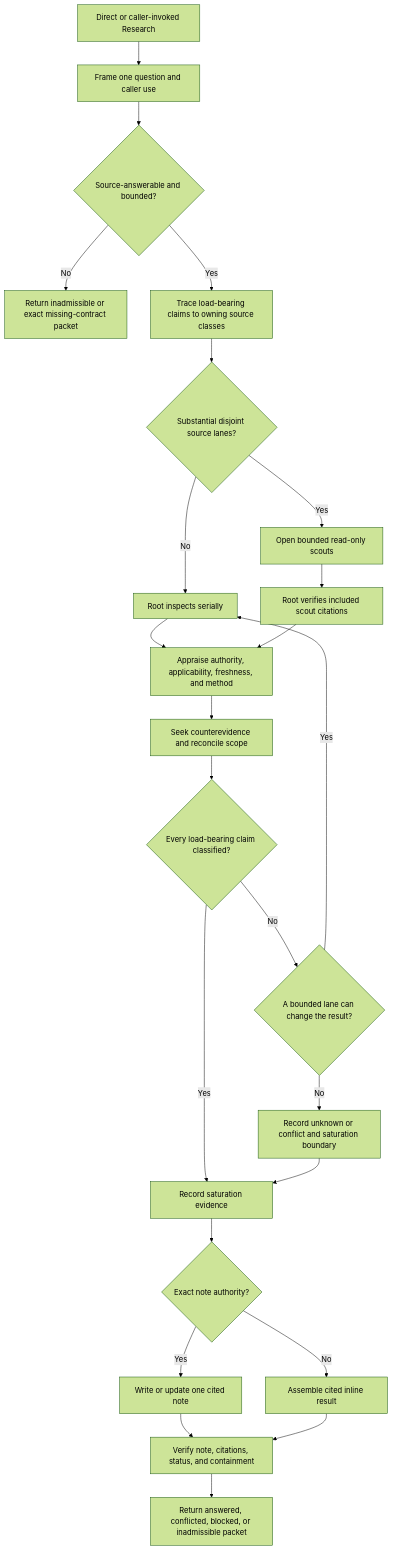
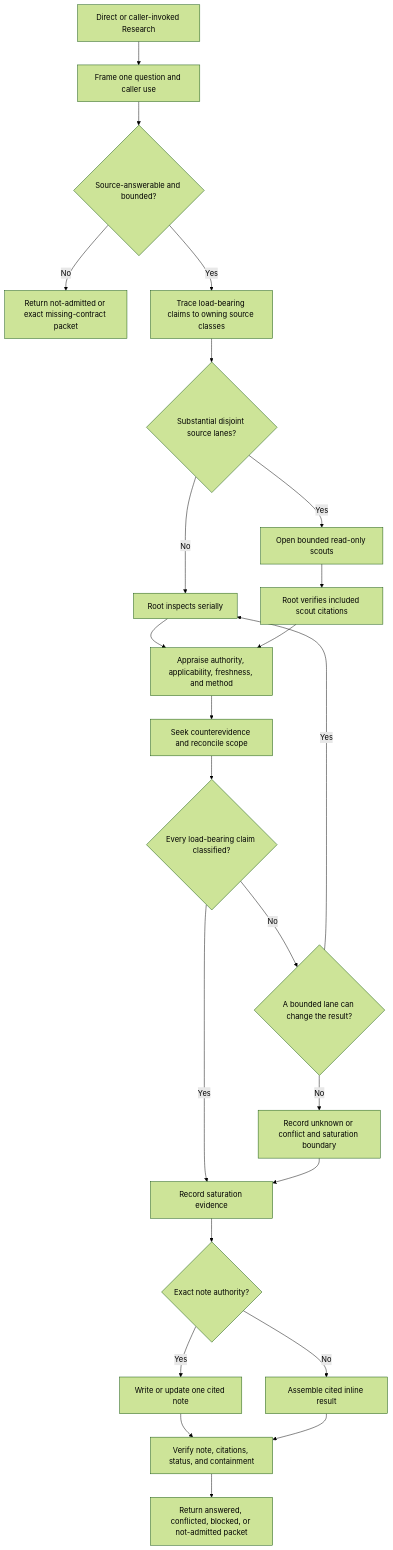
One commit to stevennitesh/programming-agent-skills changed the diagram in docs/synthesis/skills/research.md. Above: the diagram before and after it, drawn with Mermaid (forest theme). The commit also changed other lines of this file and 48 other files, not shown here.

````diff
--- a/docs/synthesis/skills/research.md
+++ b/docs/synthesis/skills/research.md
@@ -150,26 +172,26 @@
 ```mermaid
 flowchart TB
     START["Direct or caller-invoked Research"] --> FRAME["Frame one question and caller use"]
     FRAME --> ADMIT{"Source-answerable and bounded?"}
-    ADMIT -->|No| WRONG["Return inadmissible or exact missing-contract packet"]
+    ADMIT -->|No| WRONG["Return not-admitted or exact missing-contract packet"]
     ADMIT -->|Yes| TRACE["Trace load-bearing claims to owning source classes"]
     TRACE --> LANES{"Substantial disjoint source lanes?"}
     LANES -->|No| ROOT["Root inspects serially"]
     LANES -->|Yes| SCOUTS["Open bounded read-only scouts"]
     ROOT --> APPRAISE["Appraise authority, applicability, freshness, and method"]
     SCOUTS --> VERIFY_SCOUTS["Root verifies included scout citations"]
     VERIFY_SCOUTS --> APPRAISE
     APPRAISE --> TRIANGULATE["Seek counterevidence and reconcile scope"]
     TRIANGULATE --> CLASSIFY{"Every load-bearing claim classified?"}
     CLASSIFY -->|No| MORE{"A bounded lane can change the result?"}
     MORE -->|Yes| ROOT
     MORE -->|No| BLOCKED["Record unknown or conflict and saturation boundary"]
     CLASSIFY -->|Yes| SATURATE["Record saturation evidence"]
     BLOCKED --> SATURATE
     SATURATE --> WRITE{"Exact note authority?"}
     WRITE -->|Yes| NOTE["Write or update one cited note"]
     WRITE -->|No| INLINE["Assemble cited inline result"]
     NOTE --> VERIFY["Verify note, citations, status, and containment"]
     INLINE --> VERIFY
-    VERIFY --> RETURN["Return answered, conflicted, blocked, or inadmissible packet"]
+    VERIFY --> RETURN["Return answered, conflicted, blocked, or not-admitted packet"]
 ```
````
